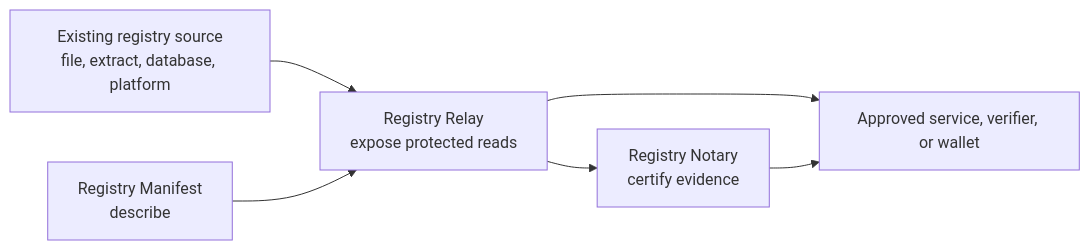
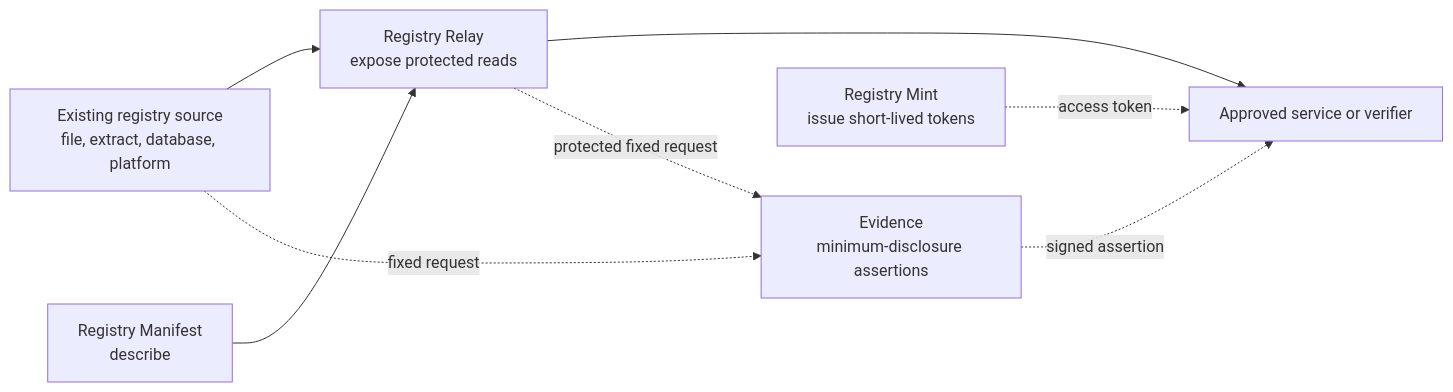
The diagram in README.md (registrystack/registry-stack), drawn with Mermaid before and after one commit. The commit also changed other lines of this file and 1280 other files, not shown here.

First line of the commit message:
chore: retire Registry Notary and make Evidence the documented product (#644)

````diff
--- a/README.md
+++ b/README.md
@@ -51,14 +53,17 @@
 ```mermaid
 flowchart LR
     source["Existing registry source<br/>file, extract, database, platform"]
     manifest["Registry Manifest<br/>describe"]
     relay["Registry Relay<br/>expose protected reads"]
-    notary["Registry Notary<br/>certify evidence"]
-    caller["Approved service, verifier, or wallet"]
+    evidence["Evidence<br/>minimum-disclosure assertions"]
+    mint["Registry Mint<br/>issue short-lived tokens"]
+    caller["Approved service or verifier"]
 
     source --> relay
     manifest --> relay
     relay --> caller
-    relay --> notary
-    notary --> caller
+    source -. fixed request .-> evidence
+    relay -. protected fixed request .-> evidence
+    evidence -. signed assertion .-> caller
+    mint -. access token .-> caller
 ```
````
